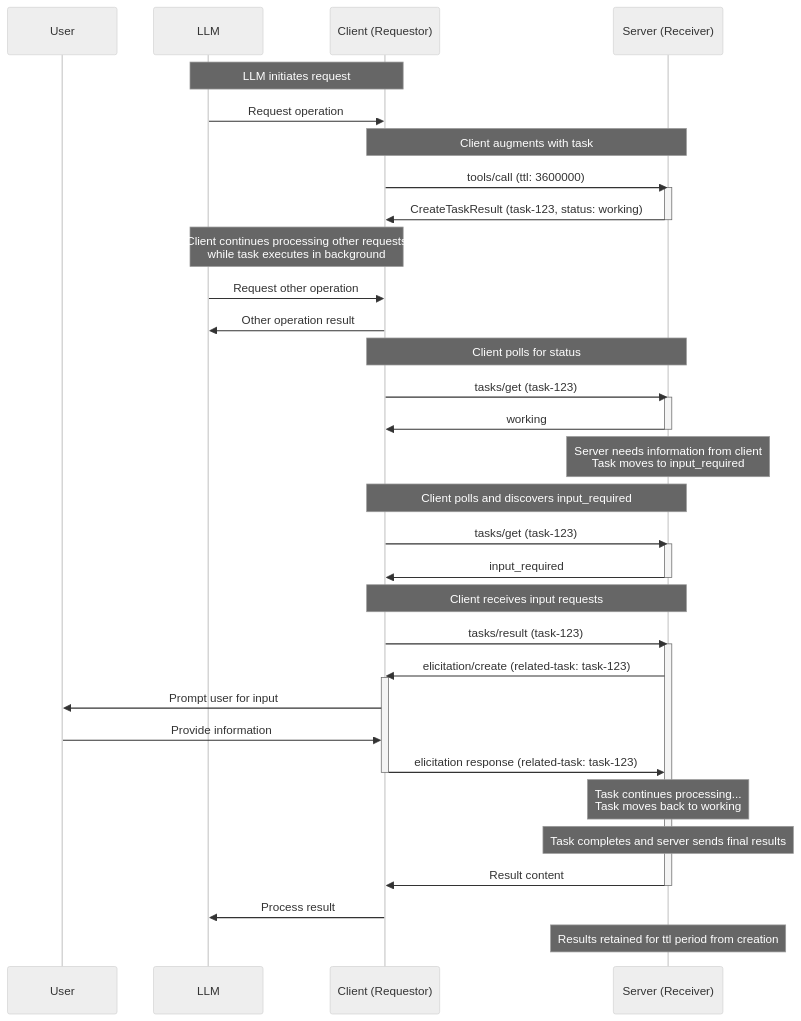
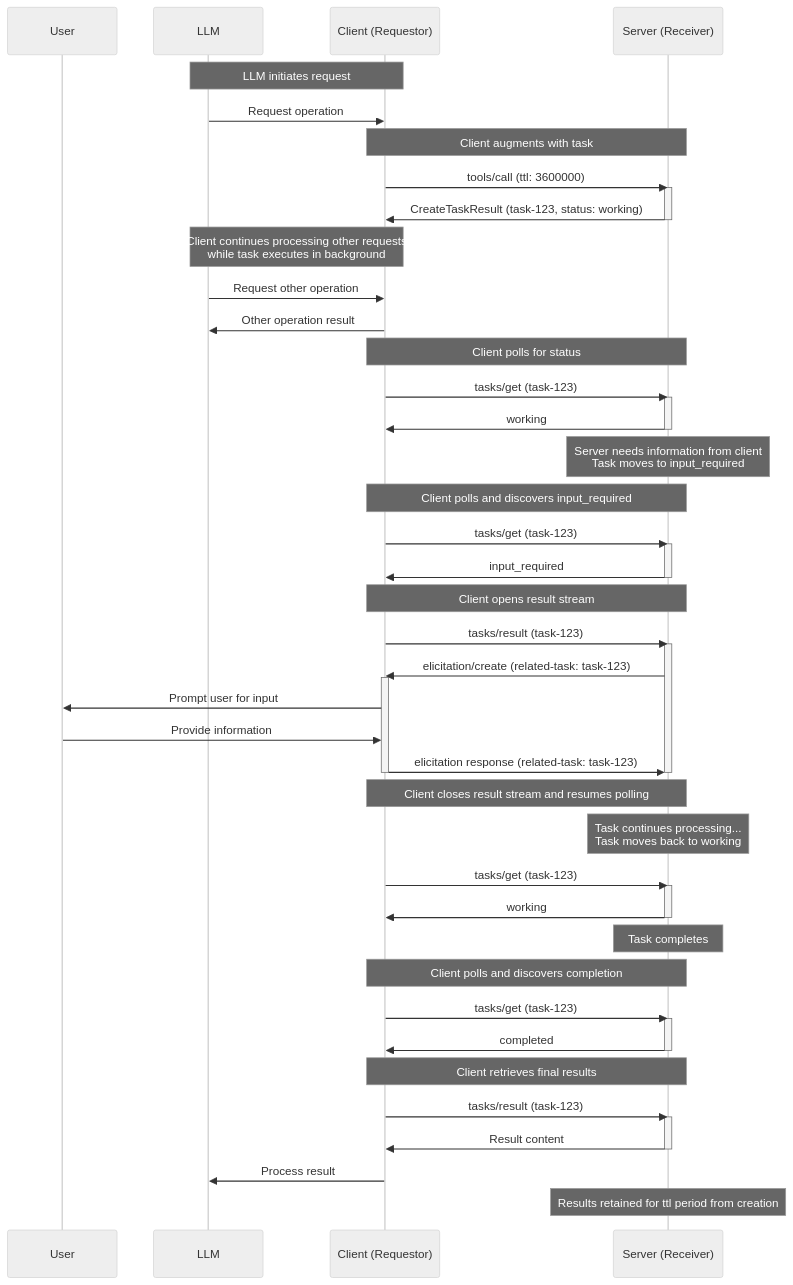
Before and after one commit to scottslewis/modelcontextprotocol: the third of 5 diagrams in docs/specification/draft/basic/utilities/tasks.mdx, drawn with Mermaid (neutral theme).

Commit message:
Expand elicitation diagram to show client terminating stream and continuing to poll

````diff
--- a/docs/specification/draft/basic/utilities/tasks.mdx
+++ b/docs/specification/draft/basic/utilities/tasks.mdx
@@ -514,54 +514,71 @@
 ```mermaid
 sequenceDiagram
     participant U as User
     participant LLM
     participant C as Client (Requestor)
     participant S as Server (Receiver)
 
     Note over LLM,C: LLM initiates request
     LLM->>C: Request operation
 
     Note over C,S: Client augments with task
     C->>S: tools/call (ttl: 3600000)
     activate S
     S->>C: CreateTaskResult (task-123, status: working)
     deactivate S
 
     Note over LLM,C: Client continues processing other requests<br/>while task executes in background
     LLM->>C: Request other operation
     C->>LLM: Other operation result
 
     Note over C,S: Client polls for status
     C->>S: tasks/get (task-123)
     activate S
     S->>C: working
     deactivate S
 
     Note over S: Server needs information from client<br/>Task moves to input_required
 
     Note over C,S: Client polls and discovers input_required
     C->>S: tasks/get (task-123)
     activate S
     S->>C: input_required
     deactivate S
 
-    Note over C,S: Client receives input requests
+    Note over C,S: Client opens result stream
     C->>S: tasks/result (task-123)
     activate S
     S->>C: elicitation/create (related-task: task-123)
     activate C
     C->>U: Prompt user for input
     U->>C: Provide information
     C->>S: elicitation response (related-task: task-123)
     deactivate C
+    deactivate S
+
+    Note over C,S: Client closes result stream and resumes polling
 
     Note over S: Task continues processing...<br/>Task moves back to working
 
-    Note over S: Task completes and server sends final results
+    C->>S: tasks/get (task-123)
+    activate S
+    S->>C: working
+    deactivate S
 
+    Note over S: Task completes
+
+    Note over C,S: Client polls and discovers completion
+    C->>S: tasks/get (task-123)
+    activate S
+    S->>C: completed
+    deactivate S
+
+    Note over C,S: Client retrieves final results
+    C->>S: tasks/result (task-123)
+    activate S
     S->>C: Result content
     deactivate S
     C->>LLM: Process result
 
     Note over S: Results retained for ttl period from creation
 ```
````
